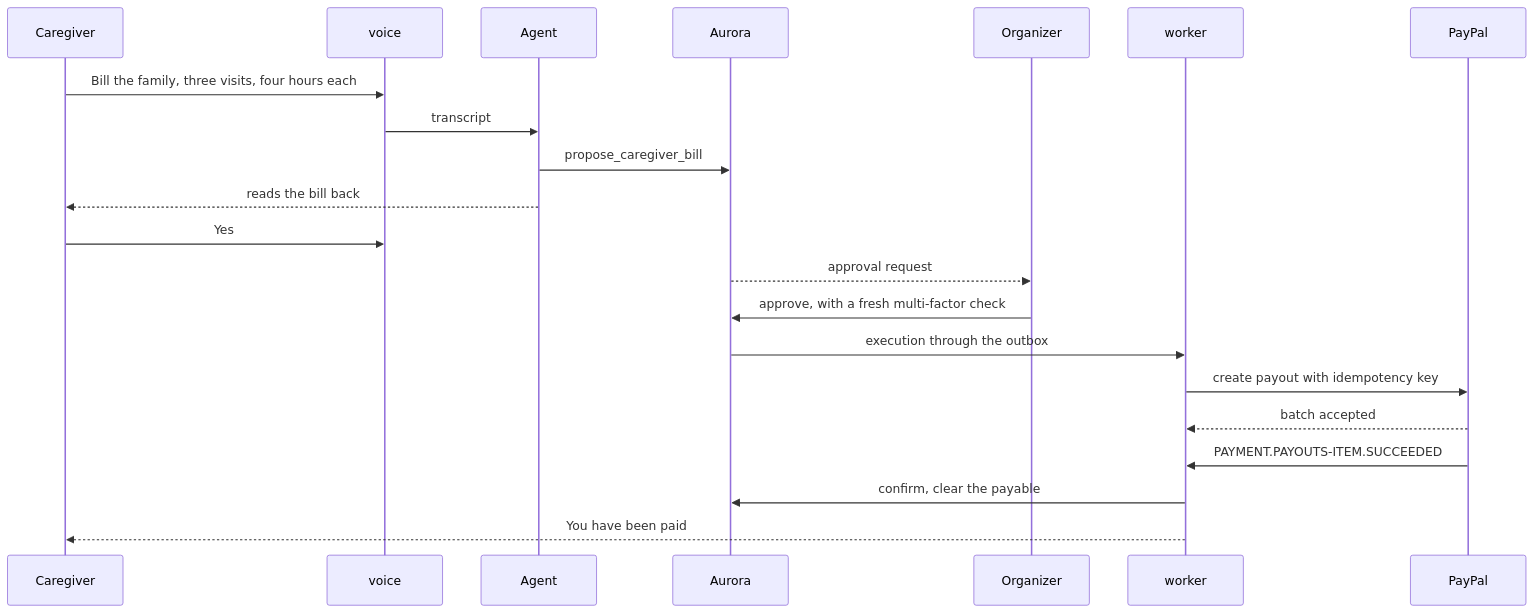
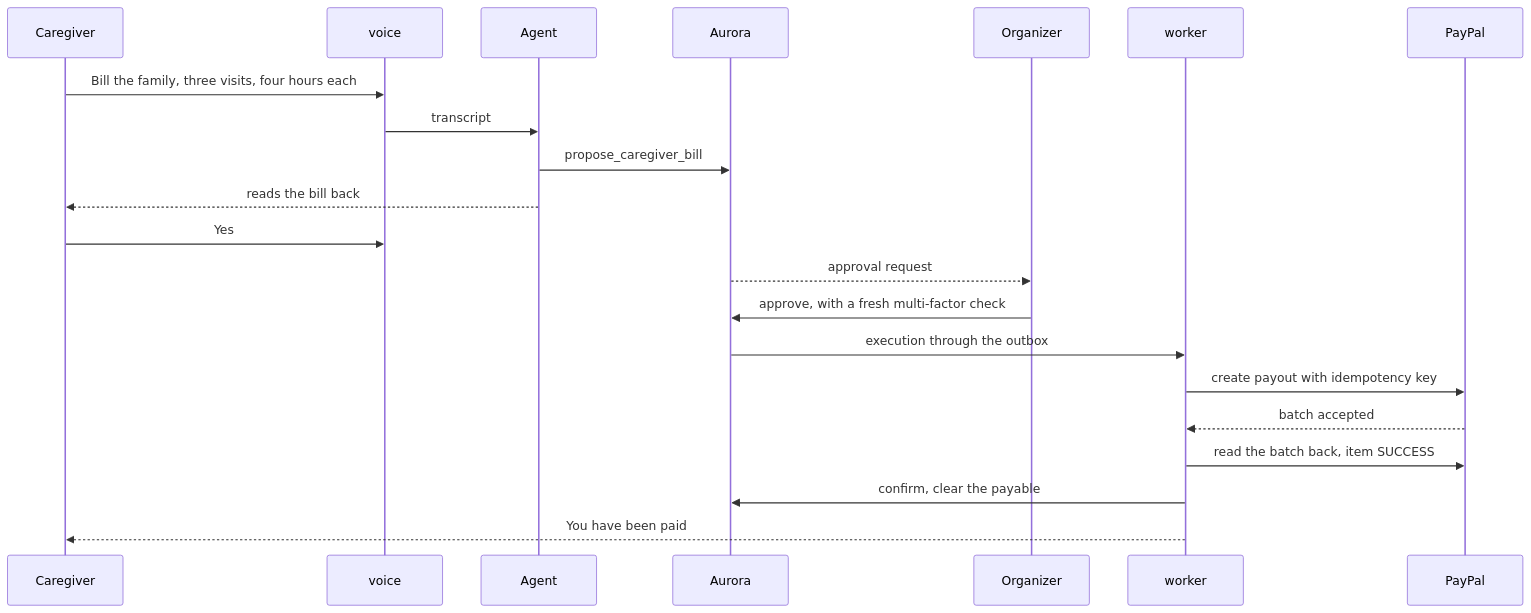
One commit to rogerjeasy/kin changed diagram 15 of 20 in docs/architecture.md. Above: the diagram before and after it, drawn with Mermaid. The commit also changed other lines of this file and 6 other files, not shown here.

````diff
--- a/docs/architecture.md
+++ b/docs/architecture.md
@@ -982,24 +1010,24 @@
 ```mermaid
 sequenceDiagram
     participant C as Caregiver
     participant V as voice
     participant A as Agent
     participant DB as Aurora
     participant O as Organizer
     participant WK as worker
     participant PP as PayPal
 
     C->>V: Bill the family, three visits, four hours each
     V->>A: transcript
     A->>DB: propose_caregiver_bill
     A-->>C: reads the bill back
     C->>V: Yes
     DB-->>O: approval request
     O->>DB: approve, with a fresh multi-factor check
     DB->>WK: execution through the outbox
     WK->>PP: create payout with idempotency key
     PP-->>WK: batch accepted
-    PP->>WK: PAYMENT.PAYOUTS-ITEM.SUCCEEDED
+    WK->>PP: read the batch back, item SUCCESS
     WK->>DB: confirm, clear the payable
     WK-->>C: You have been paid
 ```
````
